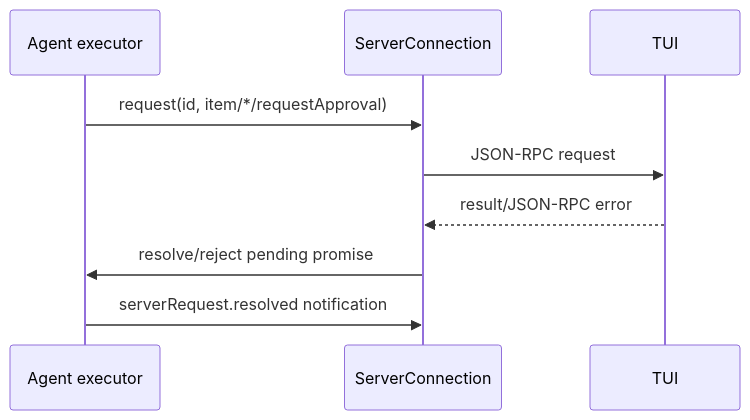
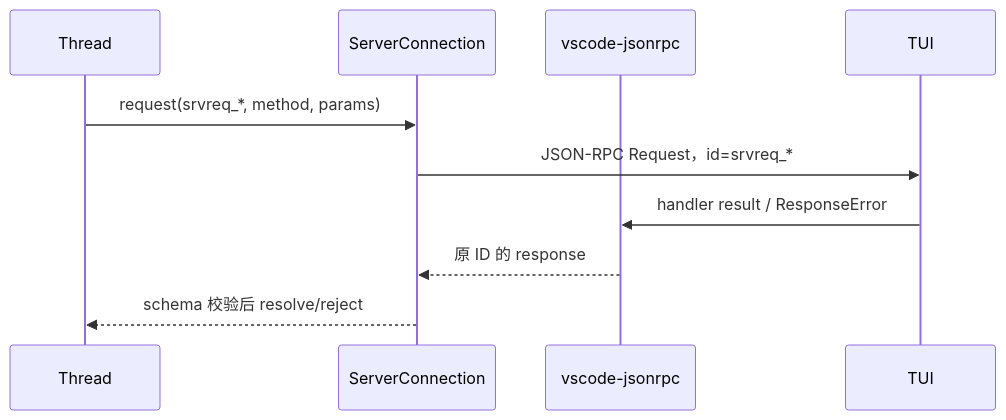
The diagram in docs/protocol/transport-and-server-request.md (LunaY77/ello), drawn with Mermaid before and after one commit. The commit also changed other lines of this file and 489 other files, not shown here.

````diff
--- a/docs/protocol/transport-and-server-request.md
+++ b/docs/protocol/transport-and-server-request.md
@@ -43,11 +56,12 @@
 ```mermaid
 sequenceDiagram
-  participant E as Agent executor
+  participant T as Thread
   participant C as ServerConnection
+  participant RPC as vscode-jsonrpc
   participant UI as TUI
-  E->>C: request(id, item/*/requestApproval)
-  C->>UI: JSON-RPC request
-  UI-->>C: result/JSON-RPC error
-  C->>E: resolve/reject pending promise
-  E->>C: serverRequest.resolved notification
+  T->>C: request(srvreq_*, method, params)
+  C->>UI: JSON-RPC Request，id=srvreq_*
+  UI->>RPC: handler result / ResponseError
+  RPC-->>C: 原 ID 的 response
+  C-->>T: schema 校验后 resolve/reject
 ```
````
